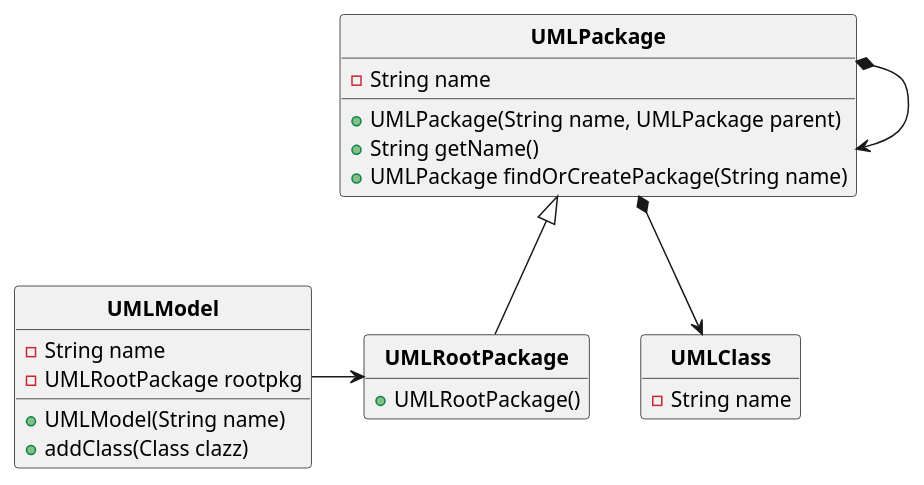
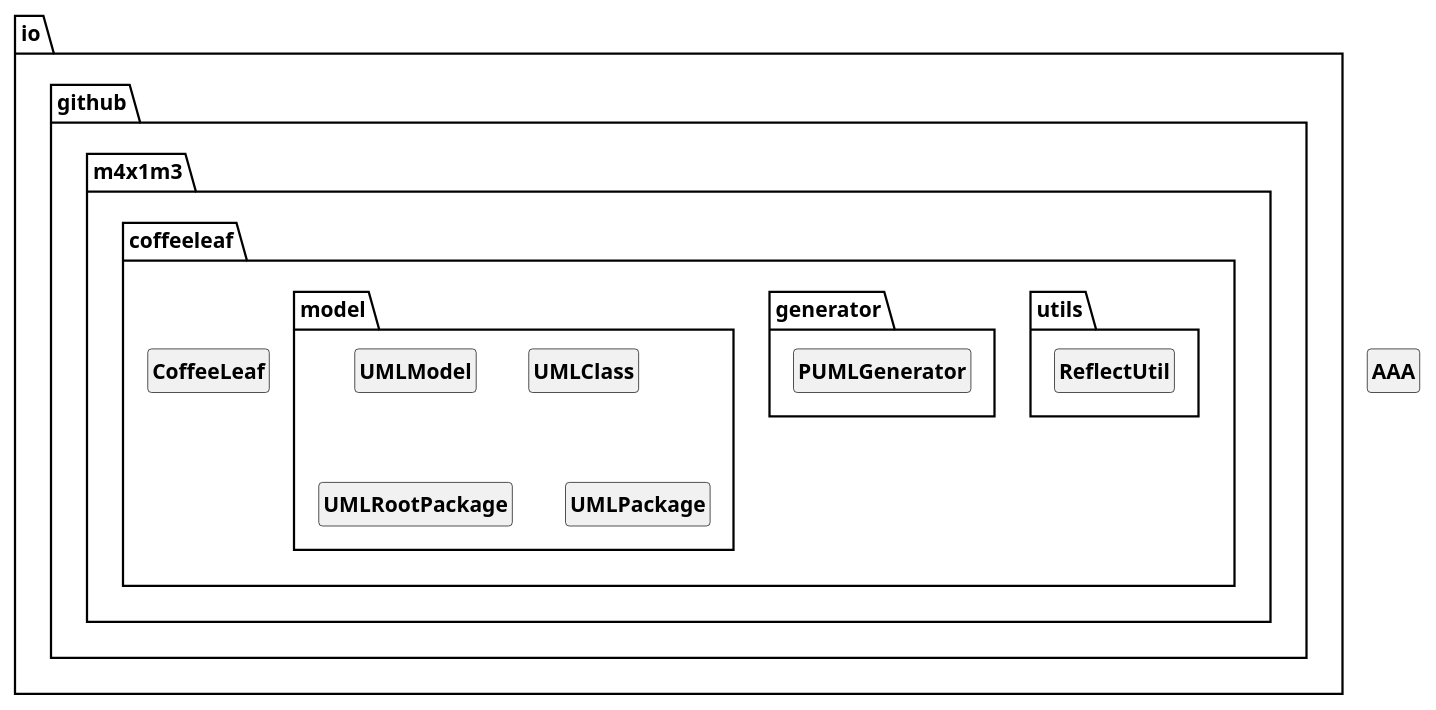
One commit to M4xi1m3/coffeeleaf changed the diagram in src/main/uml/model.puml. Above: the diagram before and after it, drawn with PlantUML. The commit also changed 12 other files, not shown here.

```diff
--- a/src/main/uml/model.puml
+++ b/src/main/uml/model.puml
@@ -19,36 +19,25 @@
 @startuml
 'https://plantuml.com/sequence-diagram
 skinparam classFontStyle Bold
 skinparam style strictuml
 
 hide empty members
 
-class UMLClass {
-    -String name
+package io.github.m4x1m3.coffeeleaf {
+package io.github.m4x1m3.coffeeleaf.utils {
+class ReflectUtil {}
 }
-
-class UMLPackage {
-    +UMLPackage(String name, UMLPackage parent)
-    +String getName()
-    +UMLPackage findOrCreatePackage(String name)
-    
-    -String name
+package io.github.m4x1m3.coffeeleaf.generator {
+class PUMLGenerator {}
 }
-
-class UMLRootPackage extends UMLPackage {
-    +UMLRootPackage()
+package io.github.m4x1m3.coffeeleaf.model {
+class UMLModel {}
+class UMLClass {}
+class UMLRootPackage {}
+class UMLPackage {}
 }
-
-class UMLModel {
-    +UMLModel(String name)
-    +addClass(Class clazz)
-    
-    -String name
-    -UMLRootPackage rootpkg
+class CoffeeLeaf {}
 }
-
-UMLModel -> UMLRootPackage
-UMLPackage *-> UMLPackage
-UMLPackage *--> UMLClass
+class AAA {}
 
 @enduml
```
